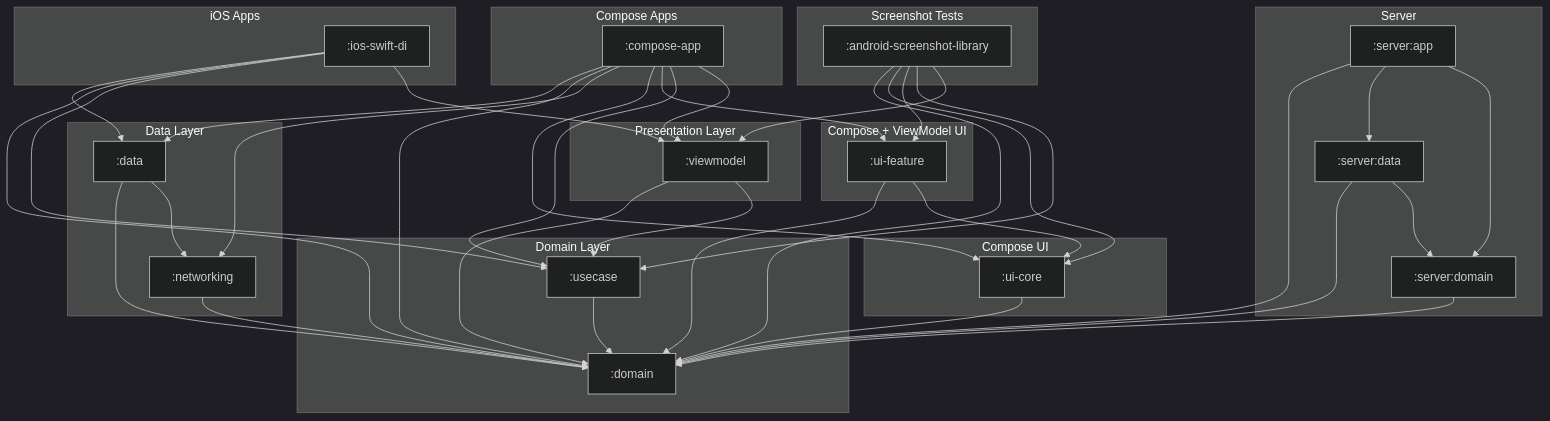
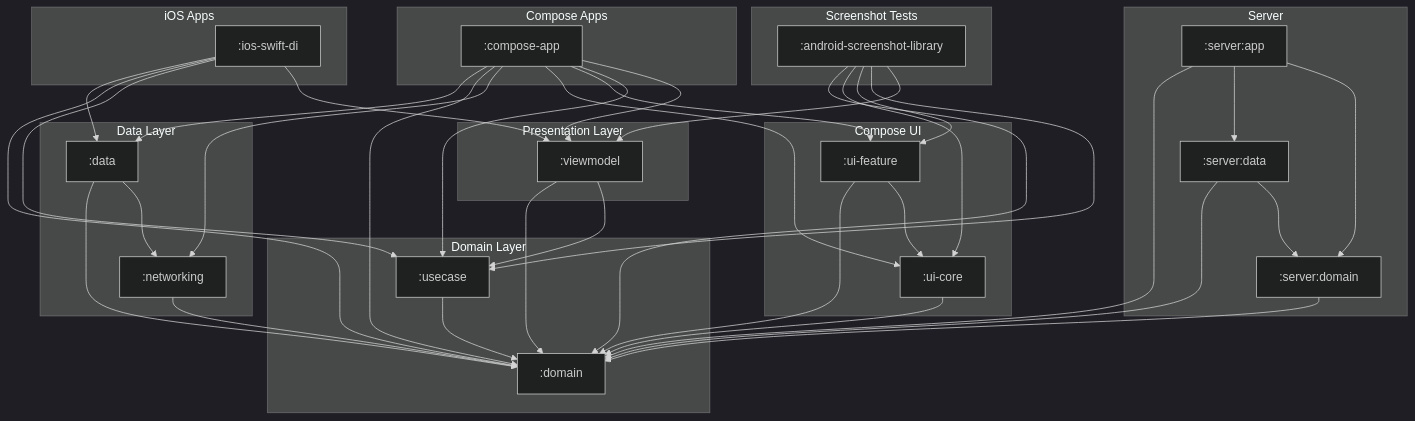
One commit to cartland/battery-butler changed the diagram in docs/diagrams/kotlin_module_structure.mmd. Above: the diagram before and after it, drawn with Mermaid (dark theme). The commit also changed 4 other files, not shown here.

Commit message:
chore: Update diagram categorization for ui-feature

```diff
--- a/docs/diagrams/kotlin_module_structure.mmd
+++ b/docs/diagrams/kotlin_module_structure.mmd
@@ -1,84 +1,81 @@
 graph TD
     subgraph "Screenshot Tests"
         AndroidScreenshotLibrary[":android-screenshot-library"]
     end
 
     subgraph "iOS Apps"
         IosSwiftDi[":ios-swift-di"]
     end
 
     subgraph "Compose Apps"
         ComposeApp[":compose-app"]
     end
 
     subgraph "Server"
         ServerApp[":server:app"]
         ServerData[":server:data"]
         ServerDomain[":server:domain"]
     end
 
     subgraph "Compose UI"
         UiCore[":ui-core"]
-    end
-
-    subgraph "Compose + ViewModel UI"
         UiFeature[":ui-feature"]
     end
 
     subgraph "Presentation Layer"
         Viewmodel[":viewmodel"]
     end
 
     subgraph "Domain Layer"
         Domain[":domain"]
         Usecase[":usecase"]
     end
 
     subgraph "Data Layer"
         Data[":data"]
         Networking[":networking"]
     end
 
     %% Dependencies
     AndroidScreenshotLibrary --> Domain
     AndroidScreenshotLibrary --> UiCore
     AndroidScreenshotLibrary --> UiFeature
     AndroidScreenshotLibrary --> Usecase
     AndroidScreenshotLibrary --> Viewmodel
 
     ComposeApp --> Data
     ComposeApp --> Domain
     ComposeApp --> Networking
     ComposeApp --> UiCore
     ComposeApp --> UiFeature
     ComposeApp --> Usecase
     ComposeApp --> Viewmodel
 
     Data --> Domain
     Data --> Networking
 
     IosSwiftDi --> Data
     IosSwiftDi --> Domain
     IosSwiftDi --> Usecase
     IosSwiftDi --> Viewmodel
 
     Networking --> Domain
 
     ServerApp --> Domain
     ServerApp --> ServerData
     ServerApp --> ServerDomain
 
     ServerData --> Domain
     ServerData --> ServerDomain
 
     ServerDomain --> Domain
 
     UiCore --> Domain
 
     UiFeature --> Domain
     UiFeature --> UiCore
 
     Usecase --> Domain
 
     Viewmodel --> Domain
     Viewmodel --> Usecase
```
